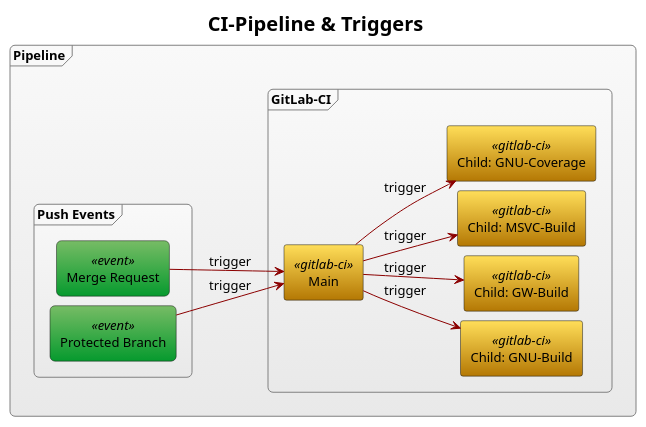
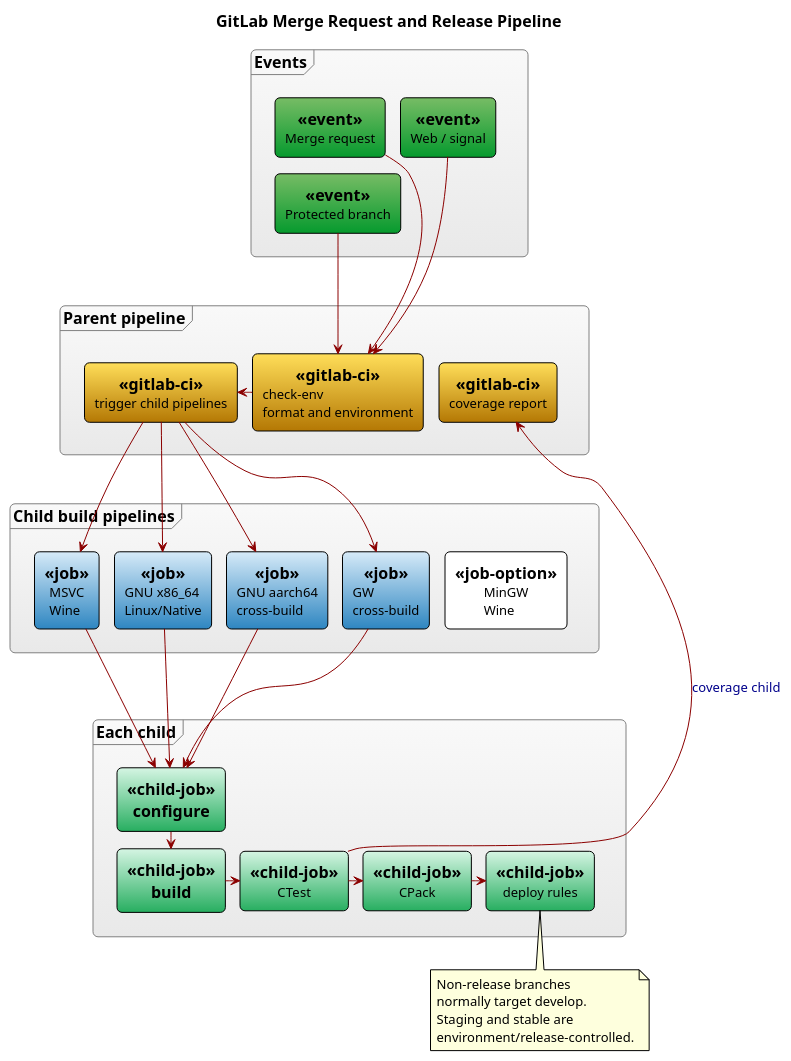
The diagram in tpl/root/doc/ci-pipeline.puml (Scanframe/sf-cmake), drawn with PlantUML before and after one commit. The commit also changed 56 other files, not shown here.

First line of the commit message:
refactor: modernize build system with dynamic subcommand architecture and improved Wine support

```diff
--- a/tpl/root/doc/ci-pipeline.puml
+++ b/tpl/root/doc/ci-pipeline.puml
@@ -1,70 +1,120 @@
-@startuml
+@startuml GitLab Pipeline
+!theme plain
+
 <style>
-	FontName Arial
-	FontSize 13
 	root
 	{
-		Padding 0
-		Margin 0
-		HorizontalAlignment Left
+		FontName Arial
+		FontSize 13
+		'HorizontalAlignment Left
+		BackgroundColor #white
+	}
+	title{
+		FontStyle Bold
+		FontSize 16
+		FontColor #black
 	}
 	frame {
-		' define a new style, using CSS class syntax
-			FontColor Black
-			LineColor Gray
-			' Transparency is also possible
-			'BackgroundColor #52A0DC55
-			BackgroundColor #F9F9F9-#E9E9E9
-			'[From top left to bottom right <&fullscreen-enter>]
-			RoundCorner 10
-		}
+		FontColor Black
+		LineColor Gray
+		BackgroundColor #F9F9F9-#E9E9E9
+		RoundCorner 10
+		'HorizontalAlignment Left
 	}
-	rectangle
-	{
-		.event
-		{
-			'Green gradient
-			BackgroundColor #77BC65-#069A2E
-			RoundCorner 10
-		}
-		.gitlab-ci
-		{
-			BackgroundColor #FFDE59-#B47804
-		}
+	rectangle {
+		RoundCorner 10
+		.event {BackgroundColor #77BC65-#069A2E}
+		.gitlab-ci {BackgroundColor #FFDE59-#B47804}
+		.job {BackgroundColor #D6EAF8-#2E86C1}
+		.gitlab-ci1 {BackgroundColor #D5F5E3-#27AE60}
+		.child-job {BackgroundColor #D5F5E3-#27AE60}
 	}
-	arrow
-	{
-		LineColor darkred
+	arrow { LineColor DarkRed; FontColor DarkBlue; LineThickness 1 }
+	' Global Styles for the Legend Box
+	legend, note {
+		' Adds 15 pixels of breathing room inside the border
+		Padding 8
+		' Optional: Adds spacing outside the border
+		Margin 5
+		BackgroundColor #FEFFDD
 	}
-}
 </style>
 
-skinparam TitleFontStyle Bold
-skinparam TitleFontSize 20
-skinparam RankSep 40
-skinparam NodeSep 10
+skinparam RankSep 10
+skinparam NodeSep 15
+'skinparam linetype ortho
 
-title "CI-Pipeline & Triggers"
+title GitLab Merge Request and Release Pipeline
 
-frame "Pipeline" as pipeline {
-	left to right direction
-	frame "Push Events" as events {
-		rectangle "Merge Request" <<event>> as merge_event
-		rectangle "Protected Branch" <<event>> as protected_event
-	}
-	frame "GitLab-CI" as gitlab_ci {
-		rectangle "Child: GNU-Build" <<gitlab-ci>> as gnu_cmake
-		rectangle "Child: GW-Build" <<gitlab-ci>> as gw_cmake
-		rectangle "Child: MSVC-Build" <<gitlab-ci>> as msvc_cmake
-		rectangle "Child: GNU-Coverage" <<gitlab-ci>> as gnu_coverage
-		rectangle "Main" <<gitlab-ci>> as main
-	}
-	'Connectors
-	protected_event -> main : trigger
-	merge_event --> main : trigger
-	main --> gnu_cmake : trigger
-	main --> gw_cmake : trigger
-	main --> msvc_cmake : trigger
-	main --> gnu_coverage : trigger
+left to right direction
+top to bottom direction
+
+frame "Events" as events {
+	rectangle "Merge request" <<event>> as mr
+	rectangle "Protected branch" <<event>> as branch
+	rectangle "Web / signal" <<event>> as web
 }
+
+frame "Parent pipeline" as parent {
+	rectangle "check-env\nformat and environment" <<gitlab-ci>> as check
+	rectangle "trigger child pipelines" <<gitlab-ci>> as trigger
+	rectangle "coverage report" <<gitlab-ci>> as report
+}
+
+frame "Child build pipelines" as children {
+	rectangle "MinGW\nWine" <<job-option>> as mingw
+	rectangle "GNU x86_64\nLinux/Native" <<job>> as gnu
+	rectangle "GNU aarch64\ncross-build" <<job>> as ga
+	rectangle "GW \ncross-build" <<job>> as gw
+	rectangle "MSVC\nWine" <<job>> as msvc
+}
+
+frame "Each child" as child {
+	rectangle "configure" <<child-job>> as configure
+	rectangle "build" <<child-job>> as build
+	rectangle "CTest" <<child-job>> as test
+	rectangle "CPack" <<child-job>> as pack
+	rectangle "deploy rules" <<child-job>> as deploy
+}
+
+mr --> check
+branch --> check
+web -> check
+check -> trigger
+trigger --> gnu
+trigger --> ga
+trigger --> gw
+trigger --> msvc
+gnu --> configure
+ga --> configure
+gw --> configure
+msvc --> configure
+configure --> build
+build -> test
+test -> pack
+pack -> deploy
+test -> report : coverage child
+
+note bottom of deploy {
+Non-release branches
+normally target develop.
+Staging and stable are
+environment/release-controlled.
+}
+
+' Keep each block internally vertical.
+mr -[hidden]down-> branch
+'branch -[hidden]down-> web
+'check -[hidden]down-> trigger
+'trigger -[hidden]down-> report
+'gnu -[hidden]down-> ga
+'ga -[hidden]down-> gw
+'gw -[hidden]down-> msvc
+
+' Arrange the four major blocks as two readable columns.
+events -[hidden]right-> children
+parent -[hidden]right-> child
+events -[hidden]down-> parent
+children -[hidden]down-> child
+
 @enduml
```
